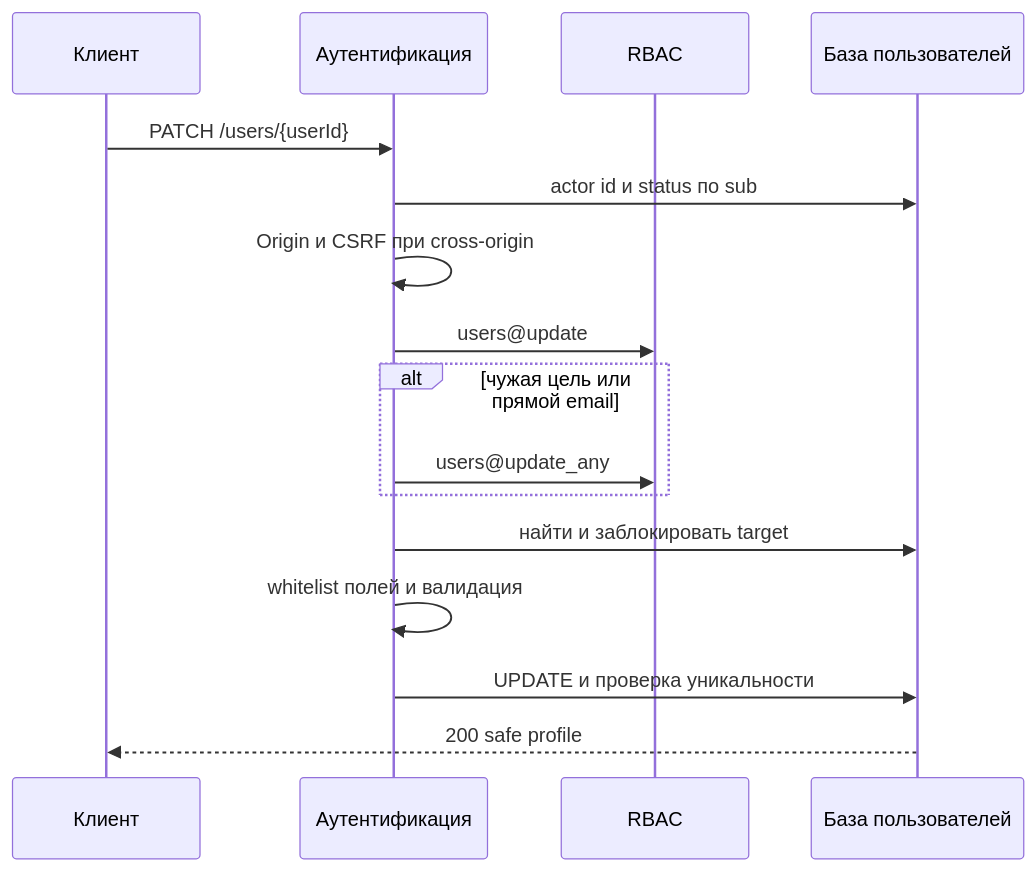
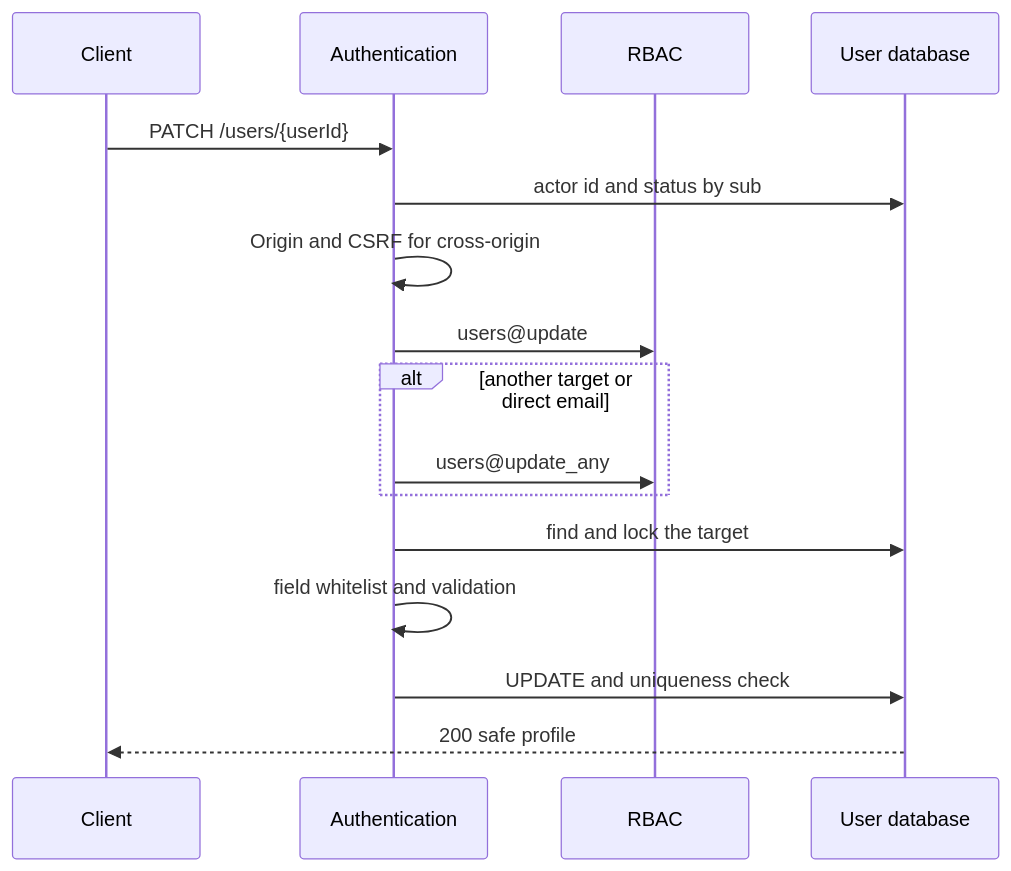
Before and after one commit to pavel-skripko-innowise/inno-fe-be-a1: the first of 4 diagrams in courses-content/backend/A/1/en/3.1.5 Изменение данных пользователя.md, drawn with Mermaid. The commit also changed other lines of this file and 35 other files, not shown here.

````diff
--- a/courses-content/backend/A/1/en/3.1.5 Изменение данных пользователя.md
+++ b/courses-content/backend/A/1/en/3.1.5 Изменение данных пользователя.md
@@ -33,18 +33,18 @@
 ```mermaid
 sequenceDiagram
-  participant C as Клиент
-  participant A as Аутентификация
+  participant C as Client
+  participant A as Authentication
   participant R as RBAC
-  participant D as База пользователей
+  participant D as User database
   C->>A: PATCH /users/{userId}
-  A->>D: actor id и status по sub
-  A->>A: Origin и CSRF при cross-origin
+  A->>D: actor id and status by sub
+  A->>A: Origin and CSRF for cross-origin
   A->>R: users@update
-  alt чужая цель или прямой email
+  alt another target or direct email
     A->>R: users@update_any
   end
-  A->>D: найти и заблокировать target
-  A->>A: whitelist полей и валидация
-  A->>D: UPDATE и проверка уникальности
+  A->>D: find and lock the target
+  A->>A: field whitelist and validation
+  A->>D: UPDATE and uniqueness check
   D-->>C: 200 safe profile
 ```
````
